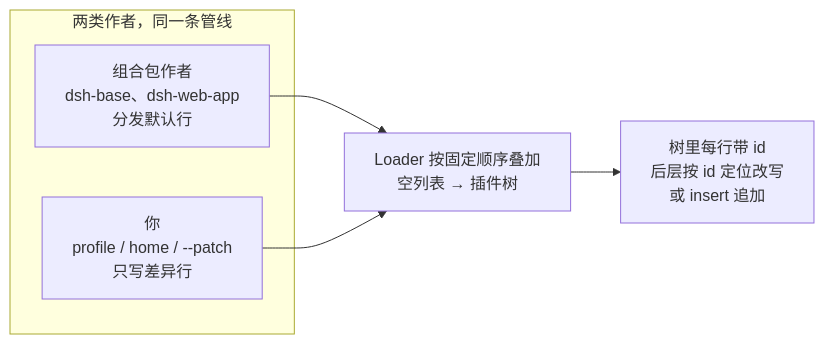
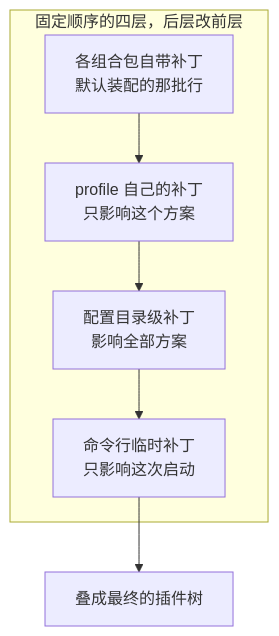
One commit to anthonyzhao-4926/blog changed the first of 3 diagrams in dsh 插件开发学习/03-用 patch 覆盖 DSH 的默认装配.md. Above: the diagram before and after it, drawn with Mermaid. The commit also changed other lines of this file and 38 other files, not shown here.

````diff
--- a/dsh 插件开发学习/03-用 patch 覆盖 DSH 的默认装配.md
+++ b/dsh 插件开发学习/03-用 patch 覆盖 DSH 的默认装配.md
@@ -49,10 +51,9 @@
 ```mermaid
-flowchart LR
-    subgraph writers["两类作者，同一条管线"]
-        A["组合包作者<br/>dsh-base、dsh-web-app<br/>分发默认行"]
-        B["你<br/>profile / home / --patch<br/>只写差异行"]
+flowchart TD
+    subgraph L["固定顺序的四层，后层改前层"]
+        A["各组合包自带补丁<br/>默认装配的那批行"] --> B["profile 自己的补丁<br/>只影响这个方案"]
+        B --> C["配置目录级补丁<br/>影响全部方案"]
+        C --> D["命令行临时补丁<br/>只影响这次启动"]
     end
-    A --> C["Loader 按固定顺序叠加<br/>空列表 → 插件树"]
-    B --> C
-    C --> D["树里每行带 id<br/>后层按 id 定位改写<br/>或 insert 追加"]
+    D --> E["叠成最终的插件树"]
 ```
````
